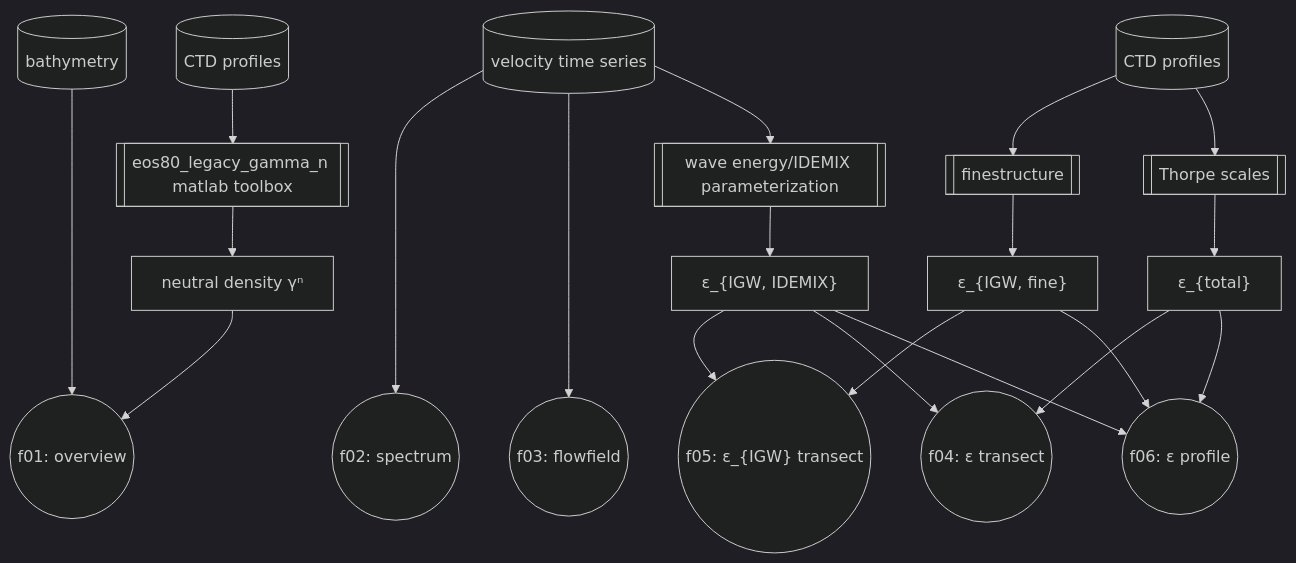
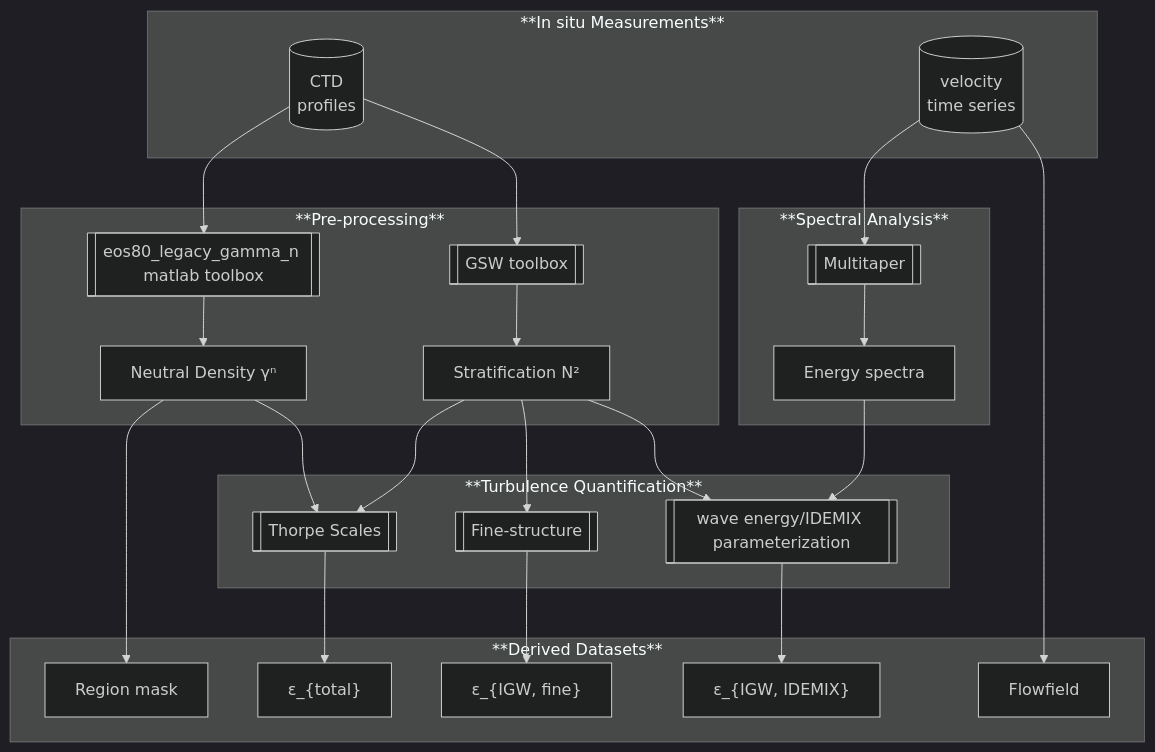
The diagram in README.md (opinner/Code_to_Pinner_et_al_2025), drawn with Mermaid (dark theme) before and after one commit. The commit also changed other lines of this file, not shown here.

````diff
--- a/README.md
+++ b/README.md
@@ -22,30 +27,51 @@
 ```mermaid
 flowchart TD
-    bathymetry[(bathymetry)] ----> f01((f01: overview))
-    CTD1[(CTD profiles)] --> id[[""eos80_legacy_gamma_n matlab toolbox""]]
-    id --> gamma["neutral density γⁿ"]
-    gamma --> f01
+    subgraph **In situ Measurements**
+        %% CTD@{shape: cyl, label: "IBSCO
+        %% bathymetry" }
+        %% CTD[bathy]
+        CTD@{shape: cyl, label: "CTD
+        profiles" }
+        %% A2[CTD]
+        %% CTD2@{shape: cyl, label: "CTD
+        %% profiles" }
+        A3@{shape: cyl, label: "velocity
+        time series" }
+        %% A3[series]
+    end
 
-    f02((f02: spectrum))
-    TS[(velocity time series)] ----> f02
-    TS ----> f03((f03: flowfield))
+    subgraph **Pre-processing**
+        CTD --> matlab[[""eos80_legacy_gamma_n matlab toolbox""]]
+        CTD --> Nsquared[["GSW toolbox"]]
+        matlab --> gamma["Neutral Density γⁿ"]
+        Nsquared --> strat[Stratification N²]
+    end
 
-    TS --> idemix[[wave energy/IDEMIX parameterization]]
-    idemix --> epsidemix["ε_{IGW, IDEMIX}"]
+    subgraph **Spectral Analysis**
+        A3 --> multitaper[[Multitaper]]
+        multitaper --> spectrum[Energy spectra]
+    end
 
-    CTD2[(CTD profiles)]
-    CTD2 --> fine[[finestructure]]
-    fine --> epsfine["ε_{IGW, fine}"]
-    f05(("f05: ε_{IGW} transect"))
-    epsfine --> f05
-    epsidemix --> f05
-    epsidemix --> f04(("f04: ε transect"))
-    CTD2 --> Thorpe[[Thorpe scales]]
-    Thorpe --> epstotal["ε_{total}"]
-    epstotal --> f04
+    strat --> Thorpe
+    strat --> fine
+    strat --> idemix
+    gamma --> region
 
-    f06(("f06: ε profile"))
-    epstotal --> f06
-    epsidemix --> f06
-    epsfine  --> f06
+subgraph **Turbulence Quantification**
+    %% CTD --> idemix[[wave energy/IDEMIX parameterization]]
+    spectrum --> idemix[[wave energy/IDEMIX parameterization]]
+
+    fine[[Fine-structure]]
+    gamma --> Thorpe[[Thorpe Scales]]
+    %% TS --> fine[[finestructure]]
+    %% TS --> Thorpe[[Thorpe scales]]
+end
+
+    subgraph **Derived Datasets**
+        region[Region mask]
+        fine --> epsfine["ε_{IGW, fine}"]
+        Thorpe --> epstotal["ε_{total}"]
+        idemix --> epsidemix["ε_{IGW, IDEMIX}"]
+        A3-->M[Flowfield]
+    end
 ```
````
